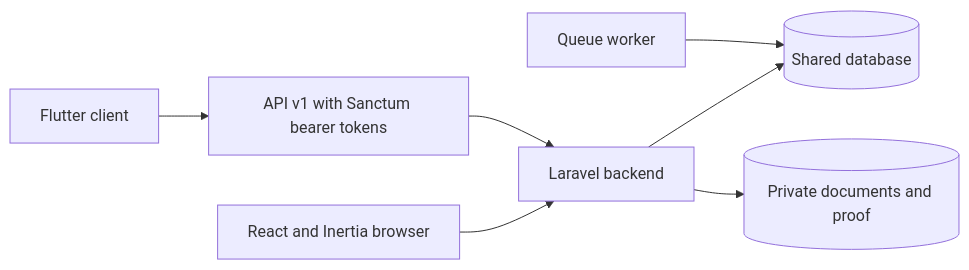
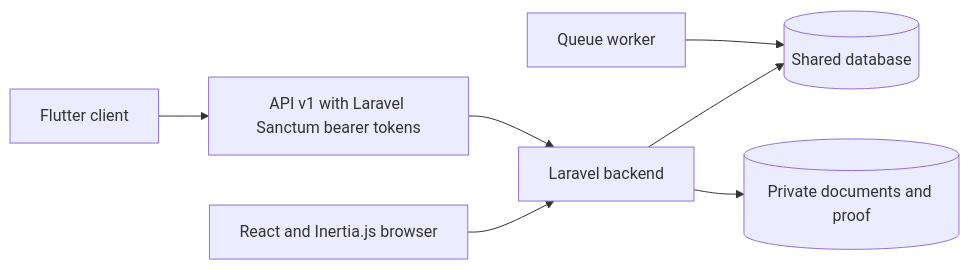
One commit to carlmatthewcastro/lubosmart-app changed the diagram in documentation/architecture/README.md. Above: the diagram before and after it, drawn with Mermaid. The commit also changed other lines of this file and 38 other files, not shown here.

````diff
--- a/documentation/architecture/README.md
+++ b/documentation/architecture/README.md
@@ -5,9 +29,9 @@
 ```mermaid
 flowchart LR
-    Web[React and Inertia browser] --> Laravel[Laravel backend]
-    Mobile[Flutter client] --> API[API v1 with Sanctum bearer tokens]
+    Web[React and Inertia.js browser] --> Laravel[Laravel backend]
+    Mobile[Flutter client] --> API[API v1 with Laravel Sanctum bearer tokens]
     API --> Laravel
     Laravel --> DB[(Shared database)]
     Laravel --> Private[(Private documents and proof)]
     Worker[Queue worker] --> DB
 ```
````
